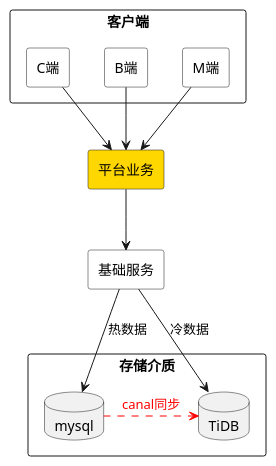
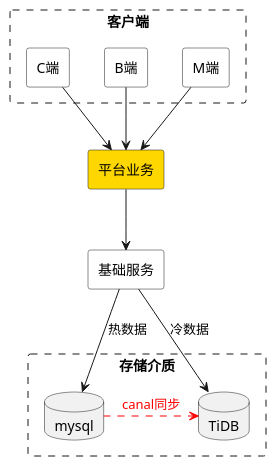
The diagram in diagram/ComponentDemo.puml (dictionaryshi/wxjj), drawn with PlantUML before and after one commit.

Commit message:
ComponentDemo.puml

```diff
--- a/diagram/ComponentDemo.puml
+++ b/diagram/ComponentDemo.puml
@@ -1,38 +1,38 @@
 @startuml
 
 skinparam component {
     Style rectangle
     BackgroundColor white
 }
 
-skinparam package {
-    Style rectangle
+skinparam rectangle {
+    BorderStyle dashed
 }
 
-package "客户端" {
+rectangle "客户端" {
     component "C端" as A
     component "B端" as B
     component "M端" as M
 }
 
 component "平台业务" as P #gold
 
 component "基础服务" as J
 
-package "存储介质" {
+rectangle "存储介质" {
     database mysql
     database TiDB
 }
 
 A --> P
 B --> P
 M --> P
 
 P --> J
 
 J -down-> mysql : 热数据
 J -down-> TiDB : 冷数据
 
 mysql -.right-> TiDB #red : <color:red>canal同步</color>
 
 @enduml
```
